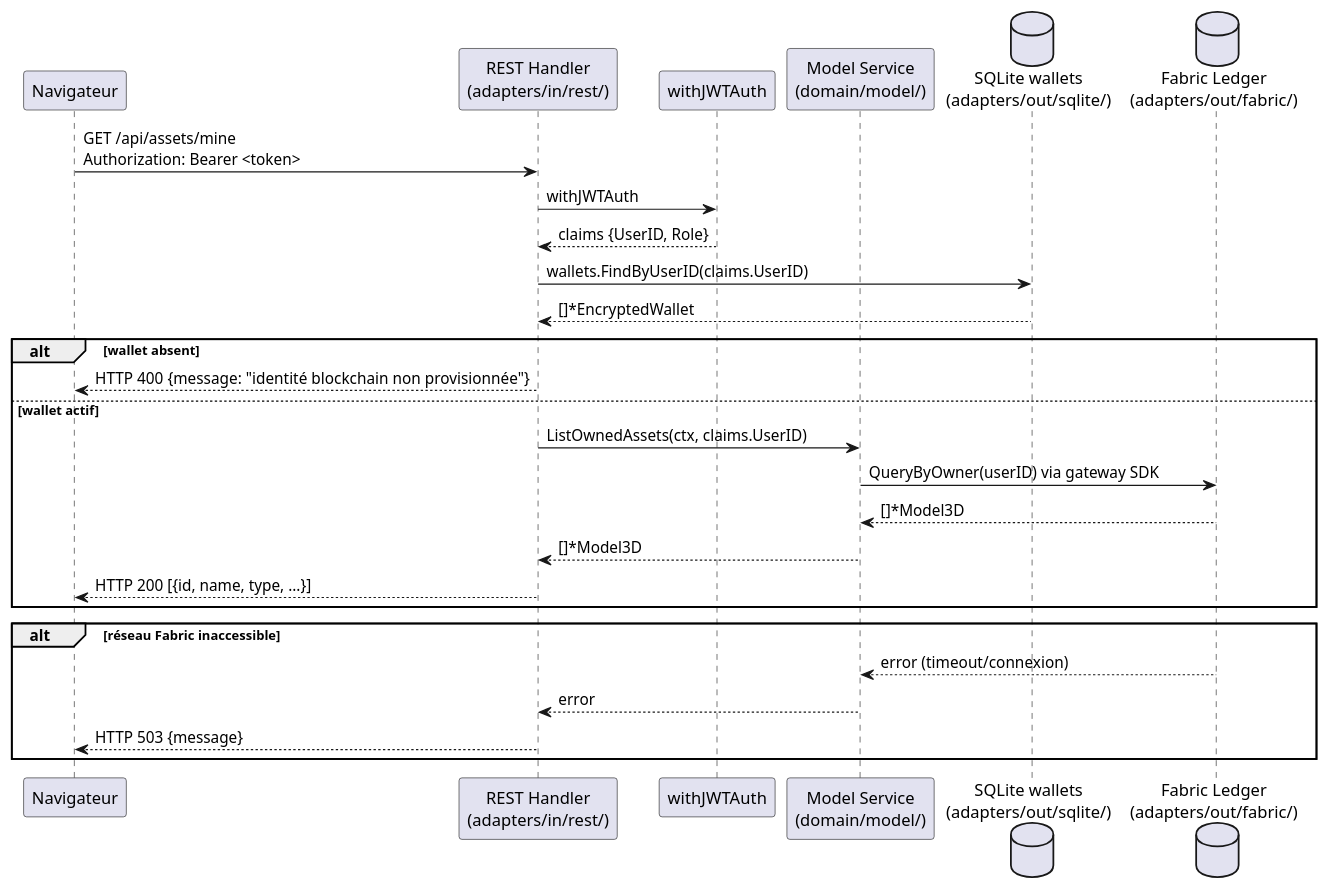
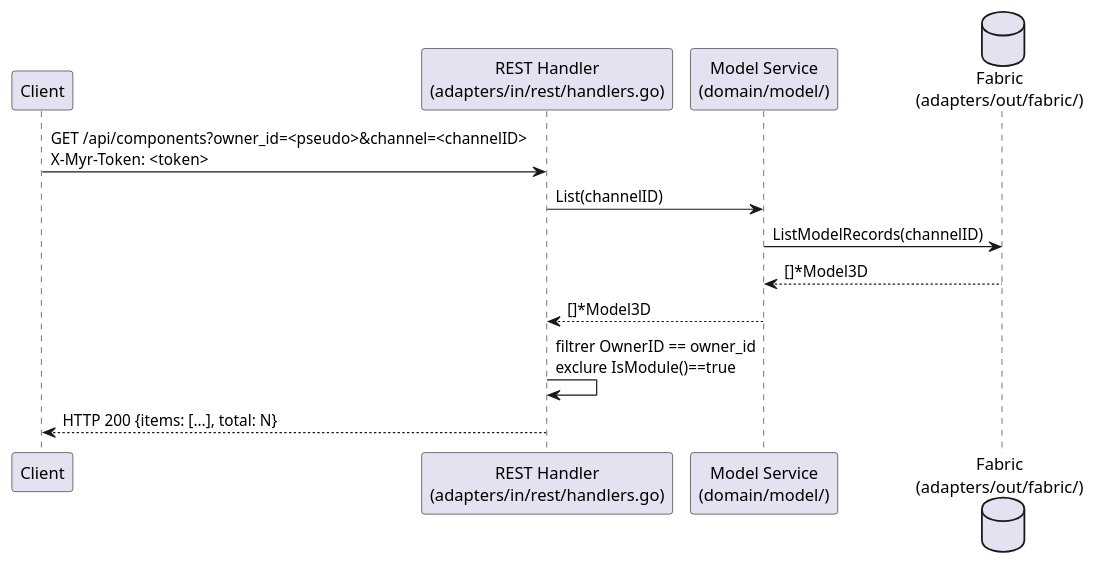
Before and after one commit to olivaux/myr: the second of 2 diagrams in specs/2-Analyse/UCA-Compte_et_Acces/UCA06.md, drawn with PlantUML. The commit also changed other lines of this file and 72 other files, not shown here.

````diff
--- a/specs/2-Analyse/UCA-Compte_et_Acces/UCA06.md
+++ b/specs/2-Analyse/UCA-Compte_et_Acces/UCA06.md
@@ -86,32 +70,16 @@
 ```plantuml
 @startuml
-participant "Navigateur" as Browser
-participant "REST Handler\n(adapters/in/rest/)" as REST
-participant "withJWTAuth" as Middleware
+participant "Client" as Client
+participant "REST Handler\n(adapters/in/rest/handlers.go)" as REST
 participant "Model Service\n(domain/model/)" as Service
-database "SQLite wallets\n(adapters/out/sqlite/)" as SQLite
-database "Fabric Ledger\n(adapters/out/fabric/)" as Fabric
+database "Fabric\n(adapters/out/fabric/)" as Fabric
 
-Browser -> REST : GET /api/assets/mine\nAuthorization: Bearer <token>
-REST -> Middleware : withJWTAuth
-Middleware --> REST : claims {UserID, Role}
-REST -> SQLite : wallets.FindByUserID(claims.UserID)
-SQLite --> REST : []*EncryptedWallet
-
-alt wallet absent
-  REST --> Browser : HTTP 400 {message: "identité blockchain non provisionnée"}
-else wallet actif
-  REST -> Service : ListOwnedAssets(ctx, claims.UserID)
-  Service -> Fabric : QueryByOwner(userID) via gateway SDK
-  Fabric --> Service : []*Model3D
-  Service --> REST : []*Model3D
-  REST --> Browser : HTTP 200 [{id, name, type, ...}]
-end
-
-alt réseau Fabric inaccessible
-  Fabric --> Service : error (timeout/connexion)
-  Service --> REST : error
-  REST --> Browser : HTTP 503 {message}
-end
+Client -> REST : GET /api/components?owner_id=<pseudo>&channel=<channelID>\nX-Myr-Token: <token>
+REST -> Service : List(channelID)
+Service -> Fabric : ListModelRecords(channelID)
+Fabric --> Service : []*Model3D
+Service --> REST : []*Model3D
+REST -> REST : filtrer OwnerID == owner_id\nexclure IsModule()==true
+REST --> Client : HTTP 200 {items: [...], total: N}
 @enduml
 ```
````
